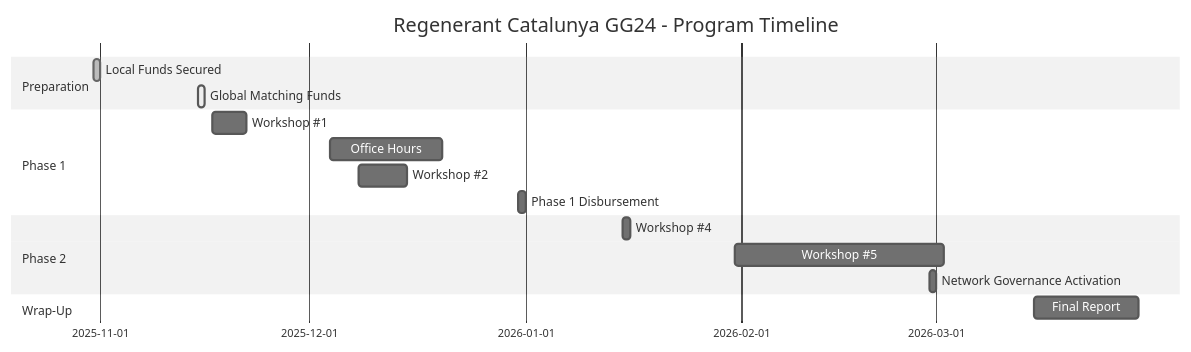
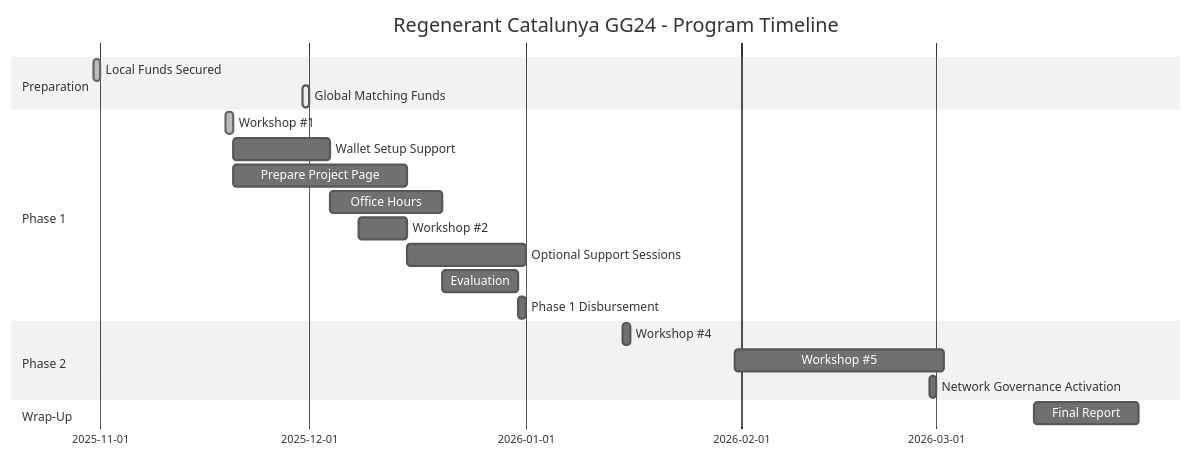
The first of 3 diagrams in content/program/timeline.md (refibcn/Regenerant-Catalunya), drawn with Mermaid (neutral theme) before and after one commit. The commit also changed other lines of this file and 308 other files, not shown here.

````diff
--- a/content/program/timeline.md
+++ b/content/program/timeline.md
@@ -14,19 +14,23 @@
 ```mermaid
 gantt
     title Regenerant Catalunya GG24 - Program Timeline
     dateFormat  YYYY-MM-DD
     section Preparation
     Local Funds Secured          :done, prep1, 2025-10-31, 1d
-    Global Matching Funds         :active, prep2, 2025-11-15, 1d
+    Global Matching Funds         :active, prep2, 2025-11-30, 1d
     section Phase 1
-    Workshop #1                   :workshop1, 2025-11-17, 5d
+    Workshop #1                   :done, workshop1, 2025-11-19, 1d
+    Wallet Setup Support          :ws, 2025-11-20, 14d
+    Prepare Project Page          :prep, 2025-11-20, 25d
     Office Hours                  :office, 2025-12-04, 16d
     Workshop #2                   :workshop2, 2025-12-08, 7d
+    Optional Support Sessions     :support, 2025-12-15, 17d
+    Evaluation                    :eval, 2025-12-20, 11d
     Phase 1 Disbursement          :disburse1, 2025-12-31, 1d
     section Phase 2
     Workshop #4                   :workshop4, 2026-01-15, 1d
     Workshop #5                   :workshop5, 2026-01-31, 30d
     Network Governance Activation :governance, 2026-02-28, 1d
     section Wrap-Up
     Final Report                  :report, 2026-03-15, 15d
 ```
````
